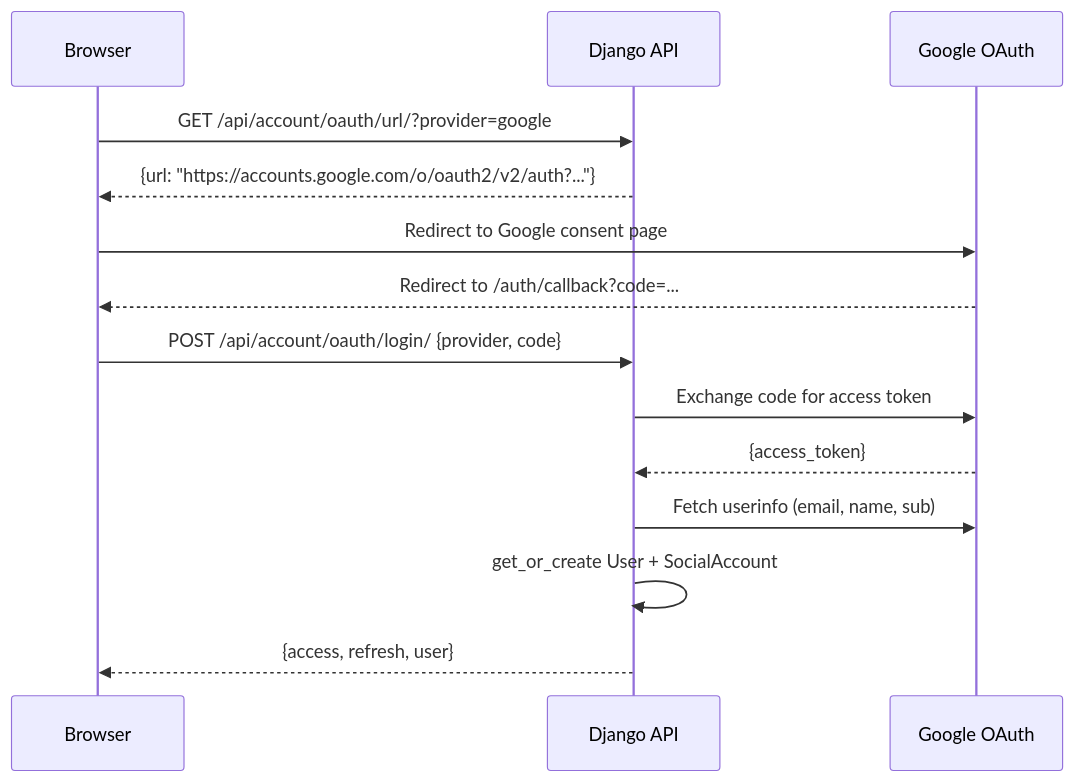
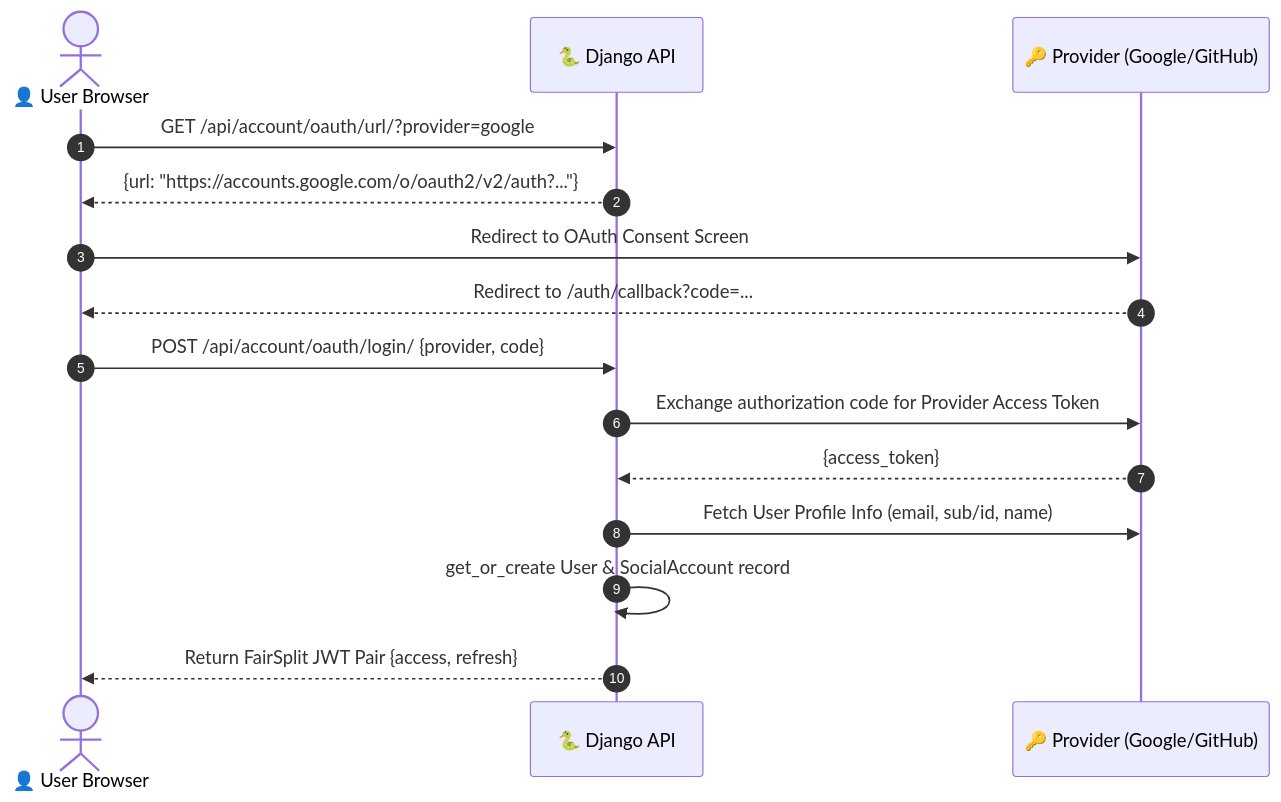
One commit to PrakharPurwar12/FairSplit changed the fourth of 6 diagrams in README.md. Above: the diagram before and after it, drawn with Mermaid. The commit also changed other lines of this file, not shown here.

Commit message:
docs: enhance README UI and fix Mermaid rendering

````diff
--- a/README.md
+++ b/README.md
@@ -379,17 +349,18 @@
 ```mermaid
 sequenceDiagram
-    participant Browser
-    participant Backend as Django API
-    participant Google as Google OAuth
+    autonumber
+    actor User as 👤 User Browser
+    participant API as 🐍 Django API
+    participant OAuth as 🔑 Provider (Google/GitHub)
 
-    Browser->>Backend: GET /api/account/oauth/url/?provider=google
-    Backend-->>Browser: {url: "https://accounts.google.com/o/oauth2/v2/auth?..."}
-    Browser->>Google: Redirect to Google consent page
-    Google-->>Browser: Redirect to /auth/callback?code=...
-    Browser->>Backend: POST /api/account/oauth/login/ {provider, code}
-    Backend->>Google: Exchange code for access token
-    Google-->>Backend: {access_token}
-    Backend->>Google: Fetch userinfo (email, name, sub)
-    Backend->>Backend: get_or_create User + SocialAccount
-    Backend-->>Browser: {access, refresh, user}
+    User->>API: GET /api/account/oauth/url/?provider=google
+    API-->>User: {url: "https://accounts.google.com/o/oauth2/v2/auth?..."}
+    User->>OAuth: Redirect to OAuth Consent Screen
+    OAuth-->>User: Redirect to /auth/callback?code=...
+    User->>API: POST /api/account/oauth/login/ {provider, code}
+    API->>OAuth: Exchange authorization code for Provider Access Token
+    OAuth-->>API: {access_token}
+    API->>OAuth: Fetch User Profile Info (email, sub/id, name)
+    API->>API: get_or_create User & SocialAccount record
+    API-->>User: Return FairSplit JWT Pair {access, refresh}
 ```
````
